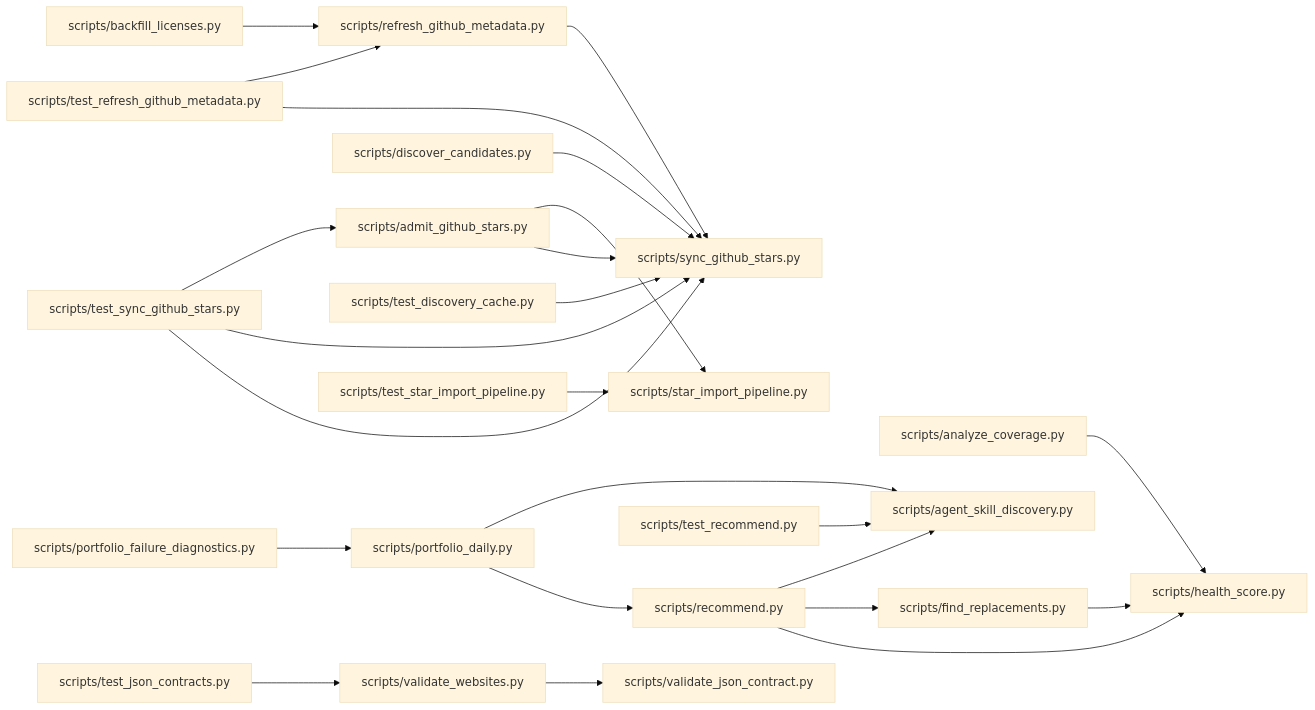
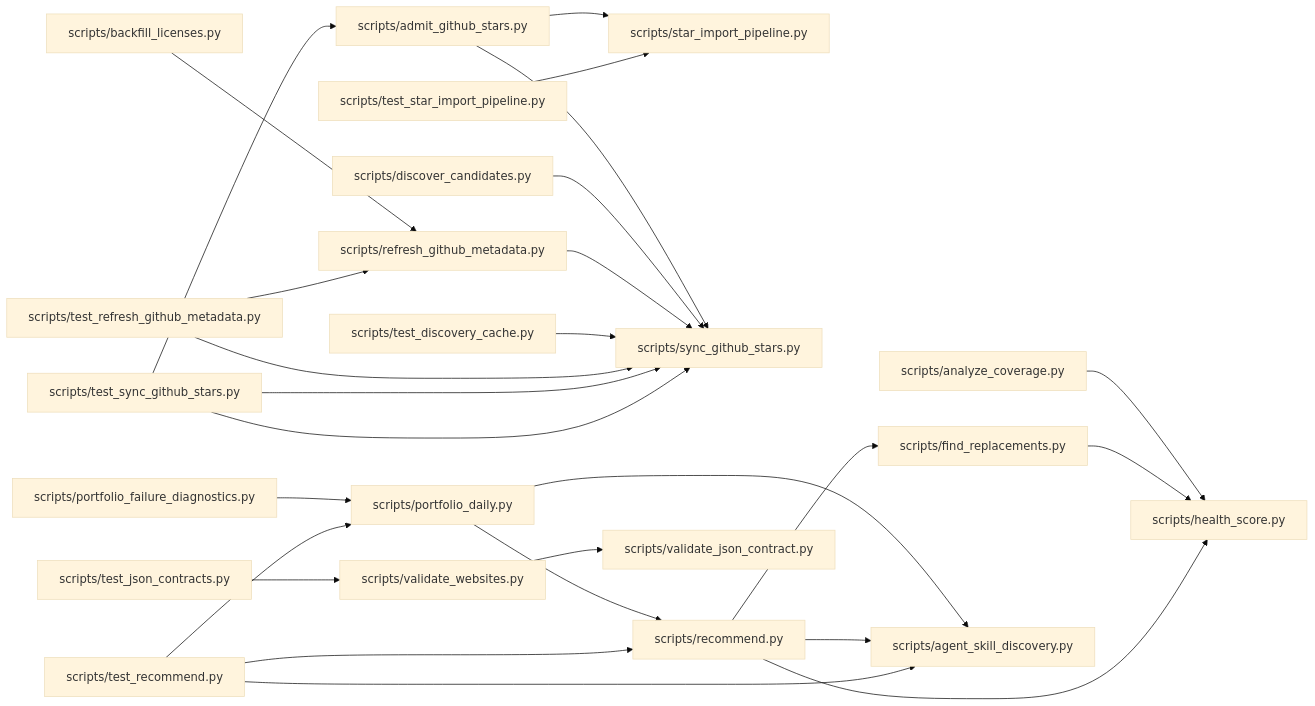
Before and after one commit to dbrckk/star-list: the diagram in .ai/brain/architecture.mmd, drawn with Mermaid (base theme). The commit also changed 74 other files, not shown here.

```diff
--- a/.ai/brain/architecture.mmd
+++ b/.ai/brain/architecture.mmd
@@ -1,24 +1,26 @@
 flowchart LR
   n8d03612ec4["scripts/admit_github_stars.py"] --> n83b2d4016a["scripts/star_import_pipeline.py"]
   n8d03612ec4["scripts/admit_github_stars.py"] --> n9ec765cbfe["scripts/sync_github_stars.py"]
   n493b546fce["scripts/analyze_coverage.py"] --> n61da7feb3f["scripts/health_score.py"]
   nbea452dbc9["scripts/backfill_licenses.py"] --> n673a0bb367["scripts/refresh_github_metadata.py"]
   n19fd372d41["scripts/discover_candidates.py"] --> n9ec765cbfe["scripts/sync_github_stars.py"]
   n3c5af248bc["scripts/find_replacements.py"] --> n61da7feb3f["scripts/health_score.py"]
   n9c65ddcee9["scripts/portfolio_daily.py"] --> n6f6651784c["scripts/agent_skill_discovery.py"]
   n9c65ddcee9["scripts/portfolio_daily.py"] --> n6b33751c21["scripts/recommend.py"]
   nc1854cfb67["scripts/portfolio_failure_diagnostics.py"] --> n9c65ddcee9["scripts/portfolio_daily.py"]
   n6b33751c21["scripts/recommend.py"] --> n6f6651784c["scripts/agent_skill_discovery.py"]
   n6b33751c21["scripts/recommend.py"] --> n3c5af248bc["scripts/find_replacements.py"]
   n6b33751c21["scripts/recommend.py"] --> n61da7feb3f["scripts/health_score.py"]
   n673a0bb367["scripts/refresh_github_metadata.py"] --> n9ec765cbfe["scripts/sync_github_stars.py"]
   n5d2467085c["scripts/test_discovery_cache.py"] --> n9ec765cbfe["scripts/sync_github_stars.py"]
   n116275bc4e["scripts/test_json_contracts.py"] --> nd96d7a95bb["scripts/validate_websites.py"]
   n351bd21466["scripts/test_recommend.py"] --> n6f6651784c["scripts/agent_skill_discovery.py"]
+  n351bd21466["scripts/test_recommend.py"] --> n9c65ddcee9["scripts/portfolio_daily.py"]
+  n351bd21466["scripts/test_recommend.py"] --> n6b33751c21["scripts/recommend.py"]
   nfc3af7e38e["scripts/test_refresh_github_metadata.py"] --> n673a0bb367["scripts/refresh_github_metadata.py"]
   nfc3af7e38e["scripts/test_refresh_github_metadata.py"] --> n9ec765cbfe["scripts/sync_github_stars.py"]
   n0c8a572d8b["scripts/test_star_import_pipeline.py"] --> n83b2d4016a["scripts/star_import_pipeline.py"]
   n895eef35e5["scripts/test_sync_github_stars.py"] --> n8d03612ec4["scripts/admit_github_stars.py"]
   n895eef35e5["scripts/test_sync_github_stars.py"] --> n9ec765cbfe["scripts/sync_github_stars.py"]
   nd96d7a95bb["scripts/validate_websites.py"] --> nbd2a675ab8["scripts/validate_json_contract.py"]
   n895eef35e5["scripts/test_sync_github_stars.py"] --> n9ec765cbfe["scripts/sync_github_stars.py"]
```
